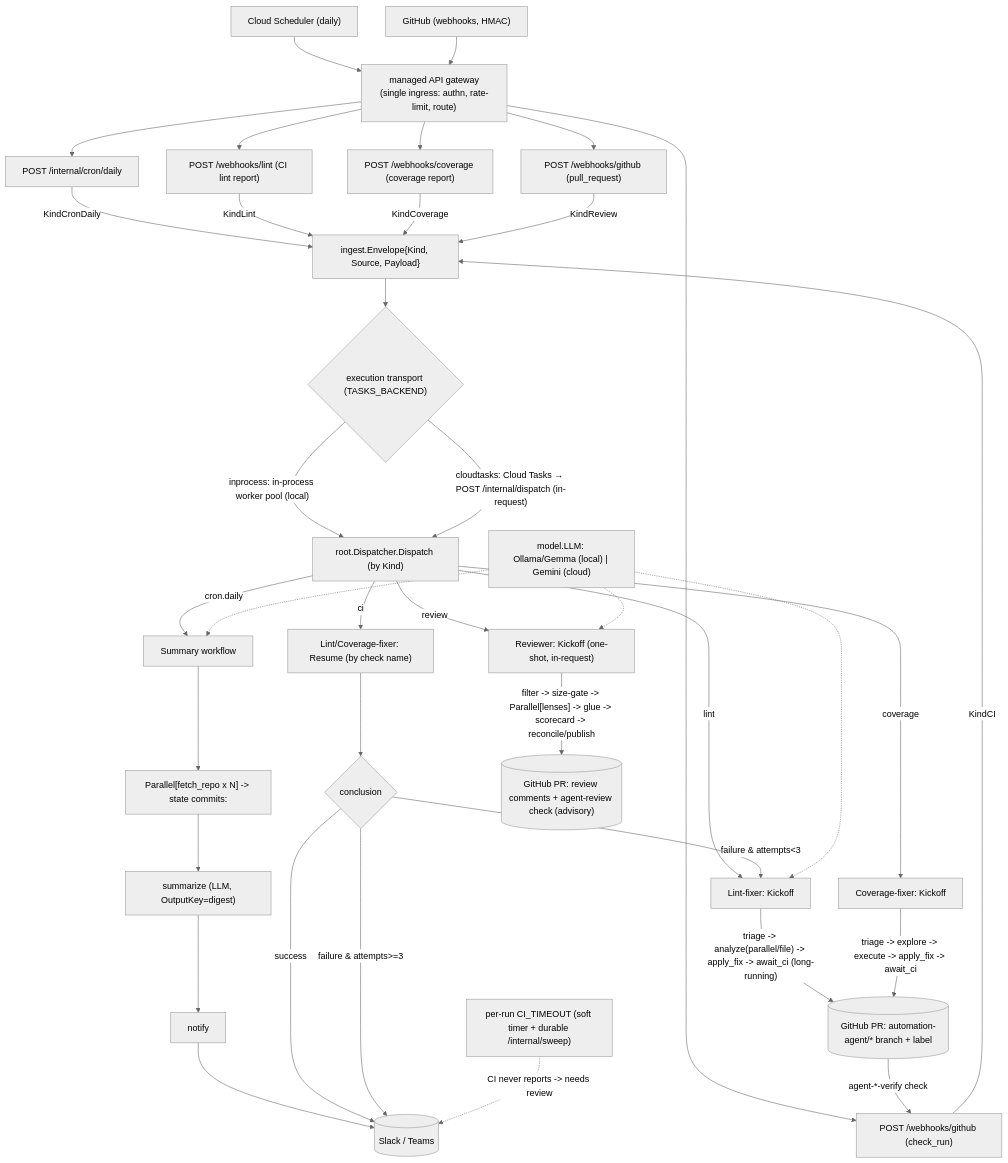
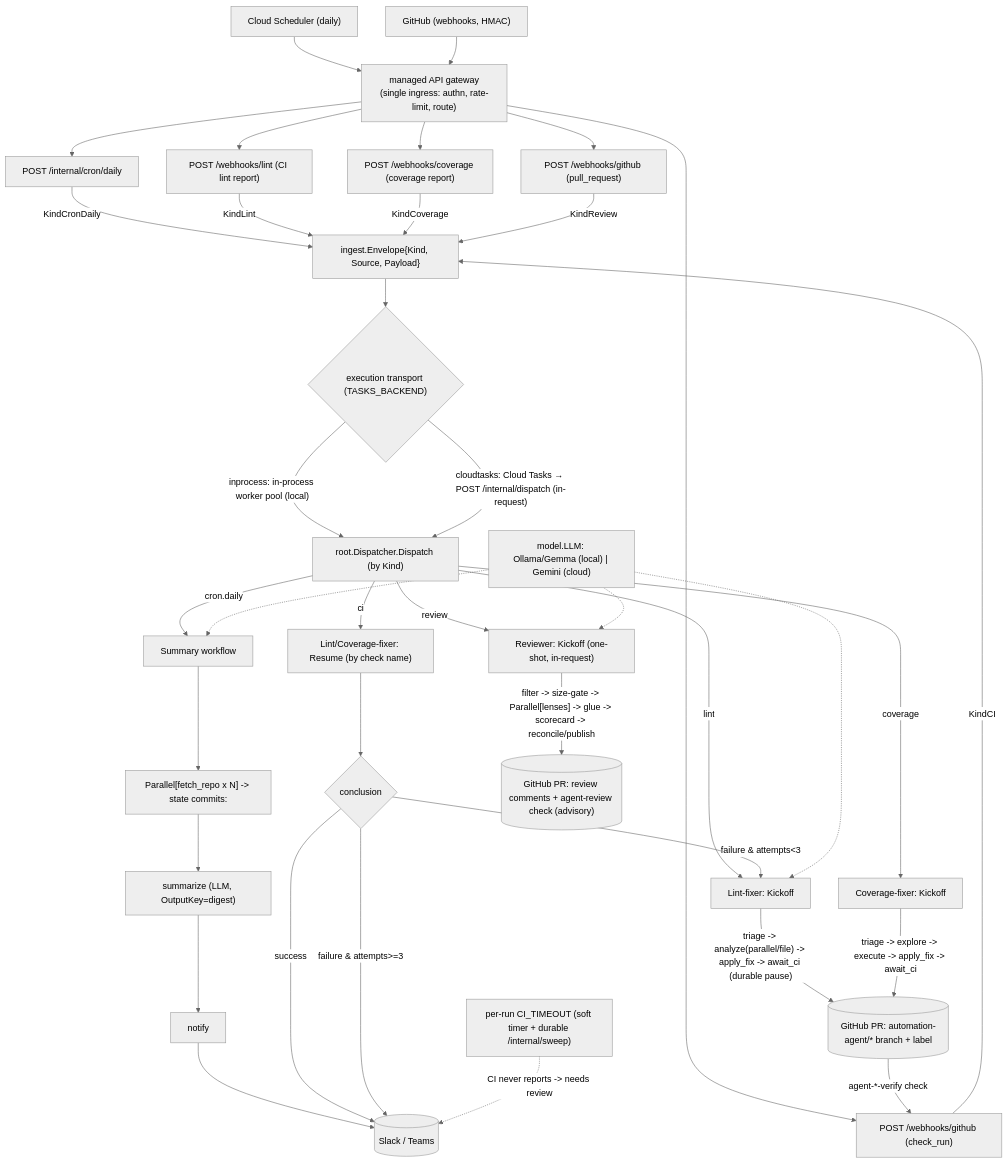
Before and after one commit to jkjamies/automation-agent: the first of 2 diagrams in AGENTS.md, drawn with Mermaid (neutral theme). The commit also changed other lines of this file and 12 other files, not shown here.

````diff
--- a/AGENTS.md
+++ b/AGENTS.md
@@ -36,43 +40,43 @@
 ```mermaid
 flowchart TD
     CS["Cloud Scheduler (daily)"] --> GW
     GH["GitHub (webhooks, HMAC)"] --> GW
     GW["managed API gateway<br/>(single ingress: authn, rate-limit, route)"] --> Cron["POST /internal/cron/daily"]
     GW --> WLint["POST /webhooks/lint (CI lint report)"]
     GW --> WCov["POST /webhooks/coverage (coverage report)"]
     GW --> WCI["POST /webhooks/github (check_run)"]
     GW --> WReview["POST /webhooks/github (pull_request)"]
     Cron -->|KindCronDaily| Env["ingest.Envelope{Kind, Source, Payload}"]
     WLint -->|KindLint| Env
     WCov -->|KindCoverage| Env
     WCI -->|KindCI| Env
     WReview -->|KindReview| Env
     Env --> TX{"execution transport (TASKS_BACKEND)"}
     TX -->|"inprocess: in-process worker pool (local)"| Root
     TX -->|"cloudtasks: Cloud Tasks → POST /internal/dispatch (in-request)"| Root
     Root["root.Dispatcher.Dispatch (by Kind)"]
     Root -->|"cron.daily"| Sum["Summary workflow"]
     Root -->|lint| LFK["Lint-fixer: Kickoff"]
     Root -->|coverage| CFK["Coverage-fixer: Kickoff"]
     Root -->|ci| LFR["Lint/Coverage-fixer: Resume (by check name)"]
     Root -->|review| RVK["Reviewer: Kickoff (one-shot, in-request)"]
 
     Sum --> Par["Parallel[fetch_repo x N] -> state commits:<repo>"]
     Par --> Smz["summarize (LLM, OutputKey=digest)"]
     Smz --> Ntf["notify"] --> Chat[("Slack / Teams")]
 
-    LFK -->|"triage -> analyze(parallel/file) -> apply_fix -> await_ci (long-running)"| PR[("GitHub PR: automation-agent/* branch + label")]
+    LFK -->|"triage -> analyze(parallel/file) -> apply_fix -> await_ci (durable pause)"| PR[("GitHub PR: automation-agent/* branch + label")]
     CFK -->|"triage -> explore -> execute -> apply_fix -> await_ci"| PR
     PR -->|"agent-*-verify check"| WCI
     LFR --> Dec{conclusion}
     Dec -->|success| Chat
     Dec -->|"failure & attempts<3"| LFK
     Dec -->|"failure & attempts>=3"| Chat
     TO["per-run CI_TIMEOUT (soft timer + durable /internal/sweep)"] -.->|"CI never reports -> needs review"| Chat
 
     RVK -->|"filter -> size-gate -> Parallel[lenses] -> glue -> scorecard -> reconcile/publish"| RV[("GitHub PR: review comments + agent-review check (advisory)")]
 
     Models["model.LLM: Ollama/Gemma (local) | Gemini (cloud)"] -.-> Sum
     Models -.-> LFK
     Models -.-> RVK
 ```
````
